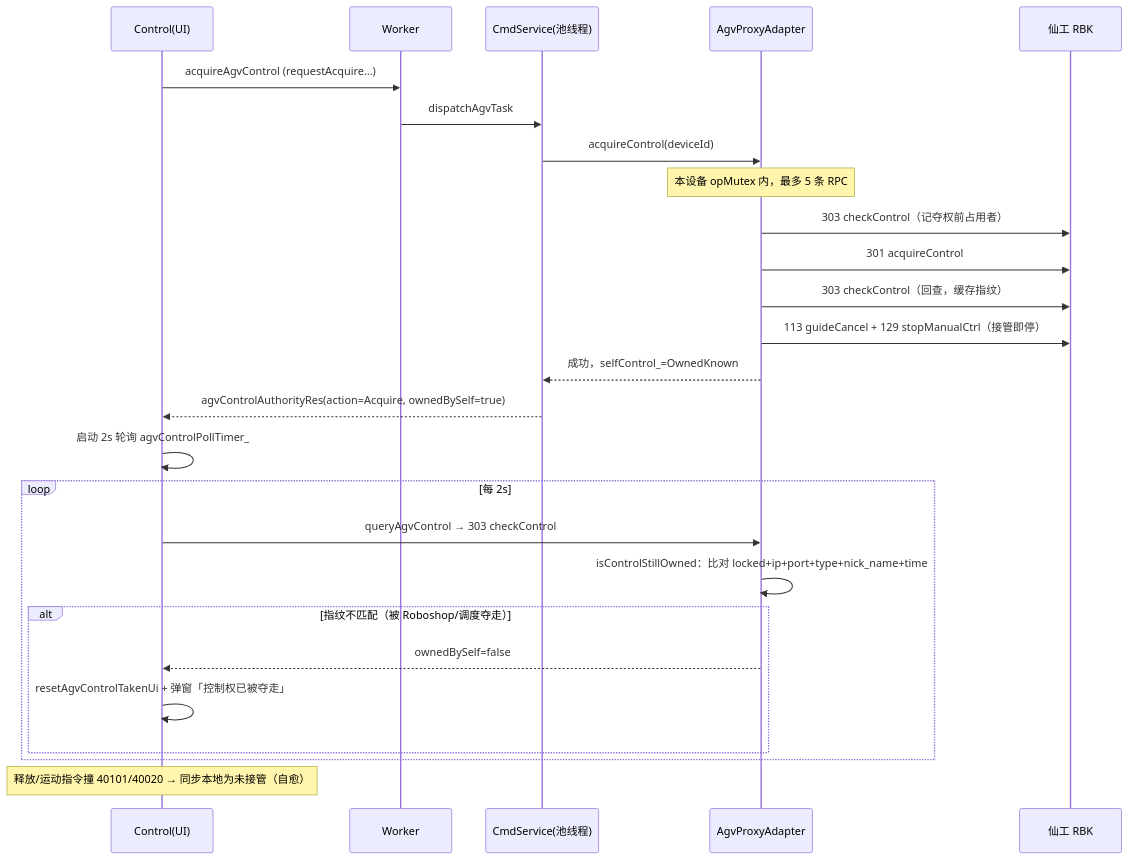
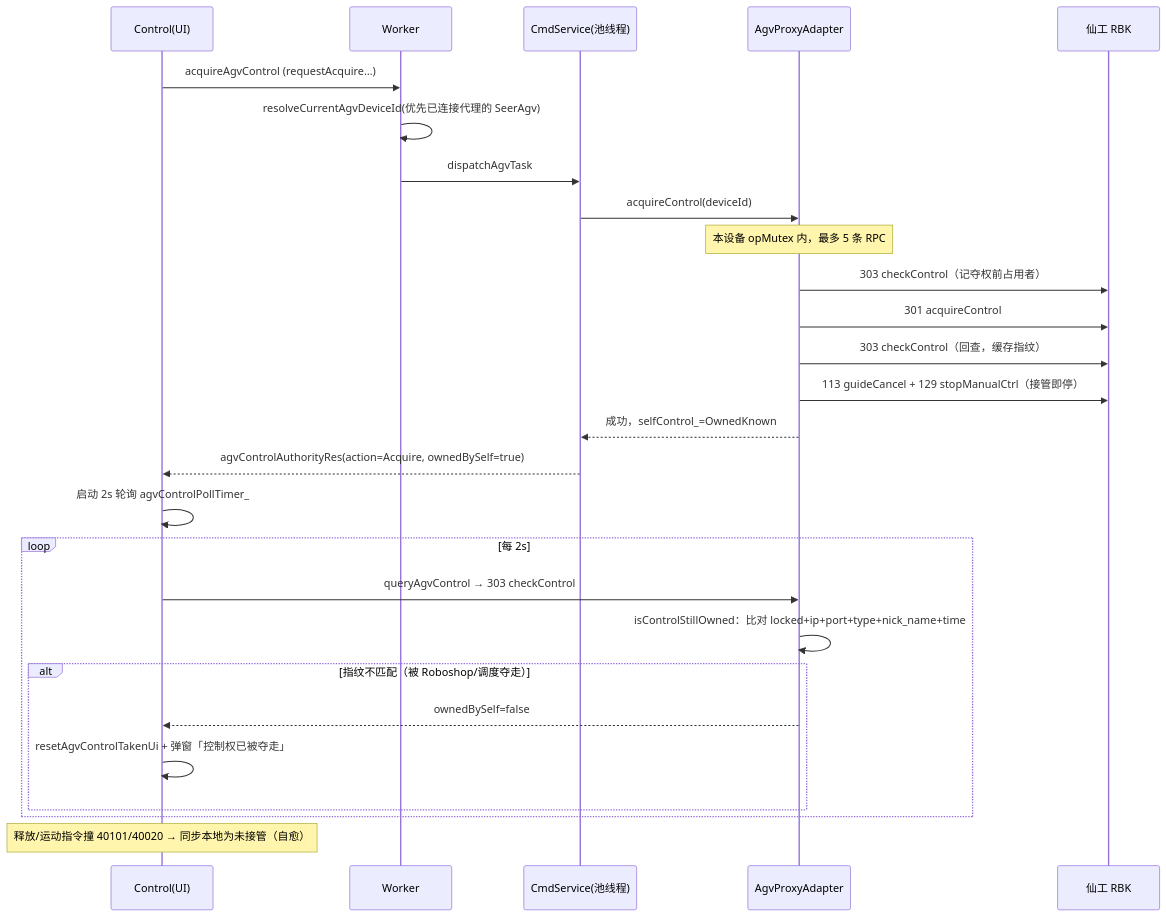
One commit to 495229520/obsidian_notes changed the second of 4 diagrams in 10.研一上学期/复合机器人汇总/MFMS数据中台技术文档-架构线程与代理层.md. Above: the diagram before and after it, drawn with Mermaid. The commit also changed other lines of this file and 10 other files, not shown here.

Commit message:
Update memory and MFMS architecture notes

````diff
--- a/10.研一上学期/复合机器人汇总/MFMS数据中台技术文档-架构线程与代理层.md
+++ b/10.研一上学期/复合机器人汇总/MFMS数据中台技术文档-架构线程与代理层.md
@@ -274,31 +321,32 @@
 ```mermaid
 sequenceDiagram
     participant UI as Control(UI)
     participant W as Worker
     participant CS as CmdService(池线程)
     participant AP as AgvProxyAdapter
     participant RBK as 仙工 RBK
 
     UI->>W: acquireAgvControl (requestAcquire…)
+    W->>W: resolveCurrentAgvDeviceId(优先已连接代理的 SeerAgv)
     W->>CS: dispatchAgvTask
     CS->>AP: acquireControl(deviceId)
     Note over AP: 本设备 opMutex 内，最多 5 条 RPC
     AP->>RBK: 303 checkControl（记夺权前占用者）
     AP->>RBK: 301 acquireControl
     AP->>RBK: 303 checkControl（回查，缓存指纹）
     AP->>RBK: 113 guideCancel + 129 stopManualCtrl（接管即停）
     AP-->>CS: 成功，selfControl_=OwnedKnown
     CS-->>UI: agvControlAuthorityRes(action=Acquire, ownedBySelf=true)
     UI->>UI: 启动 2s 轮询 agvControlPollTimer_
 
     loop 每 2s
         UI->>AP: queryAgvControl → 303 checkControl
         AP->>AP: isControlStillOwned：比对 locked+ip+port+type+nick_name+time
         alt 指纹不匹配（被 Roboshop/调度夺走）
             AP-->>UI: ownedBySelf=false
             UI->>UI: resetAgvControlTakenUi + 弹窗「控制权已被夺走」
         end
     end
 
     Note over UI: 释放/运动指令撞 40101/40020 → 同步本地为未接管（自愈）
 ```
````
